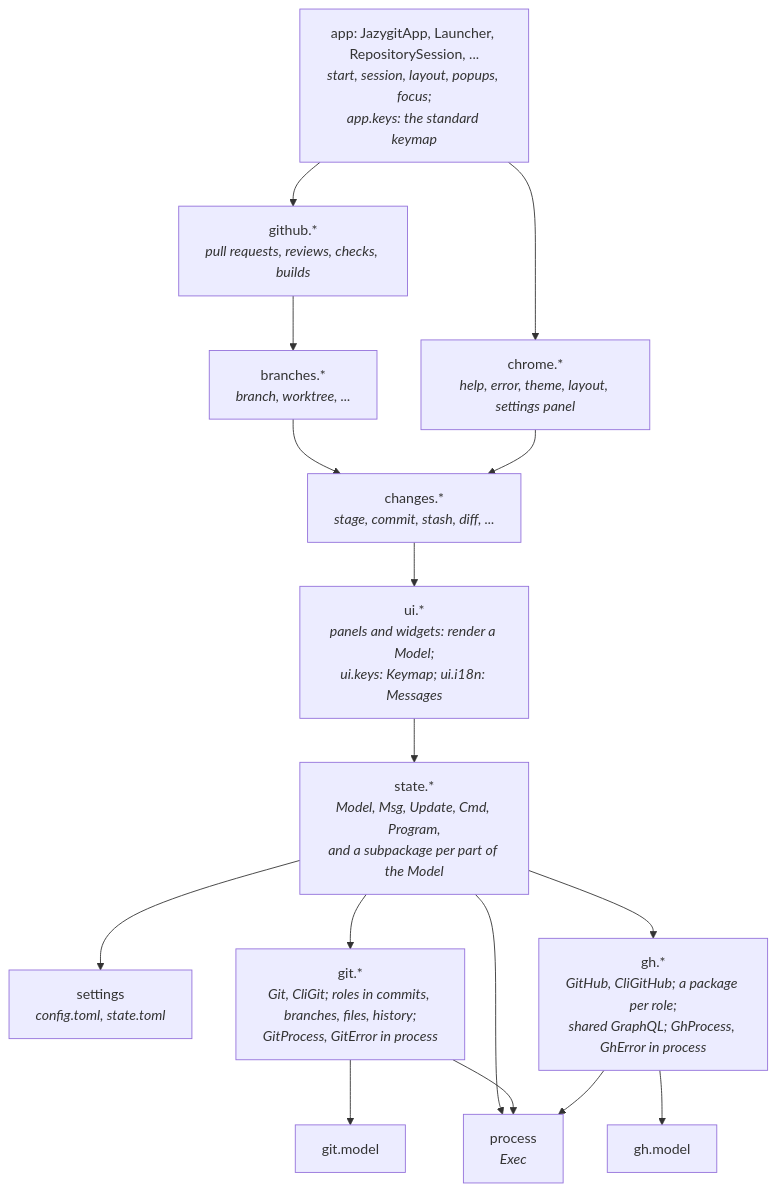
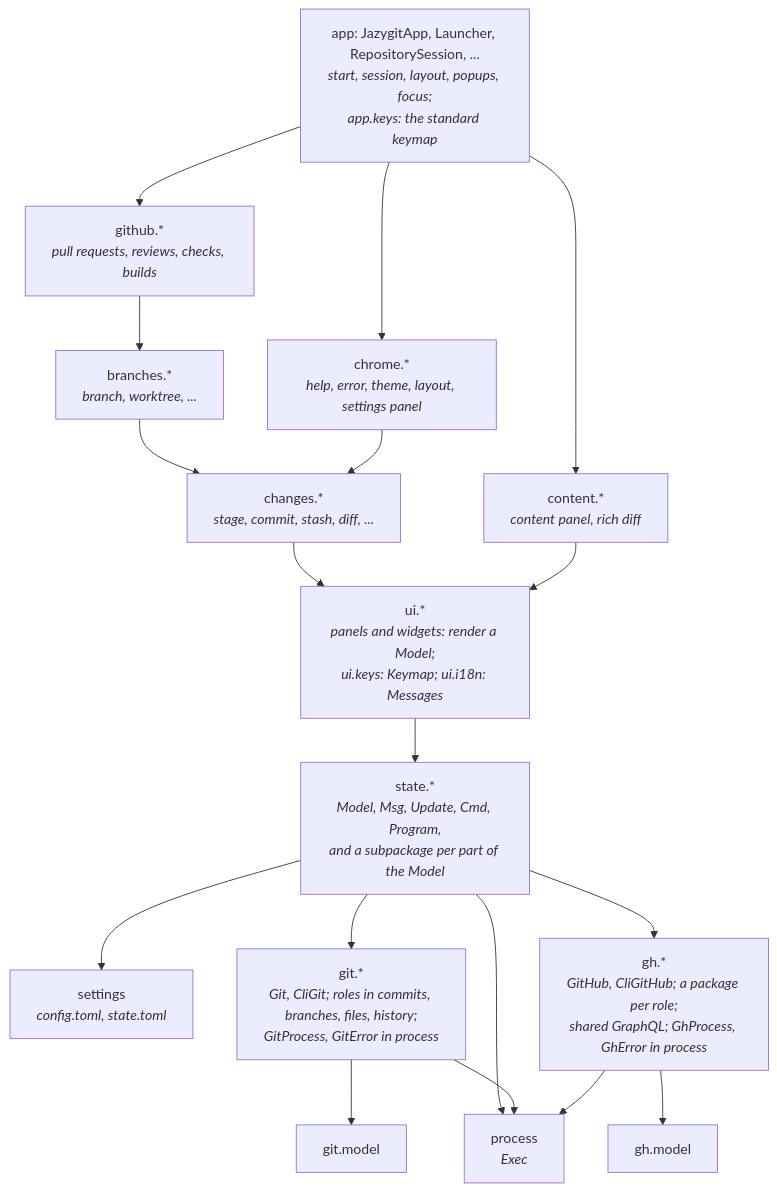
The first of 4 diagrams in ARCHITECTURE.md (cvanfleteren/jazygit), drawn with Mermaid before and after one commit. The commit also changed other lines of this file and 103 other files, not shown here.

First line of the commit message:
The content panel and the rich diff are jazygit-content, beside the features

````diff
--- a/ARCHITECTURE.md
+++ b/ARCHITECTURE.md
@@ -57,32 +58,35 @@
 ```mermaid
 graph TD
     App["app: JazygitApp, Launcher, RepositorySession, ...<br/><i>start, session, layout, popups, focus;<br/>app.keys: the standard keymap</i>"]
     Chrome["chrome.*<br/><i>help, error, theme, layout, settings panel</i>"]
     Github["github.*<br/><i>pull requests, reviews, checks, builds</i>"]
     Branches["branches.*<br/><i>branch, worktree, ...</i>"]
     Changes["changes.*<br/><i>stage, commit, stash, diff, ...</i>"]
+    Content["content.*<br/><i>content panel, rich diff</i>"]
     UI["ui.*<br/><i>panels and widgets: render a Model;<br/>ui.keys: Keymap; ui.i18n: Messages</i>"]
     State["state.*<br/><i>Model, Msg, Update, Cmd, Program,<br/>and a subpackage per part of the Model</i>"]
     Settings["settings<br/><i>config.toml, state.toml</i>"]
     Git["git.*<br/><i>Git, CliGit; roles in commits, branches, files, history;<br/>GitProcess, GitError in process</i>"]
     GitModel["git.model"]
     Gh["gh.*<br/><i>GitHub, CliGitHub; a package per role;<br/>shared GraphQL; GhProcess, GhError in process</i>"]
     GhModel["gh.model"]
     Process["process<br/><i>Exec</i>"]
 
     App --> Chrome
     App --> Github
     Github --> Branches
     Branches --> Changes
     Chrome --> Changes
     Changes --> UI
+    App --> Content
+    Content --> UI
     UI --> State
     State --> Settings
     State --> Git
     State --> Gh
     State --> Process
     Git --> GitModel
     Gh --> GhModel
     Git --> Process
     Gh --> Process
 ```
````
